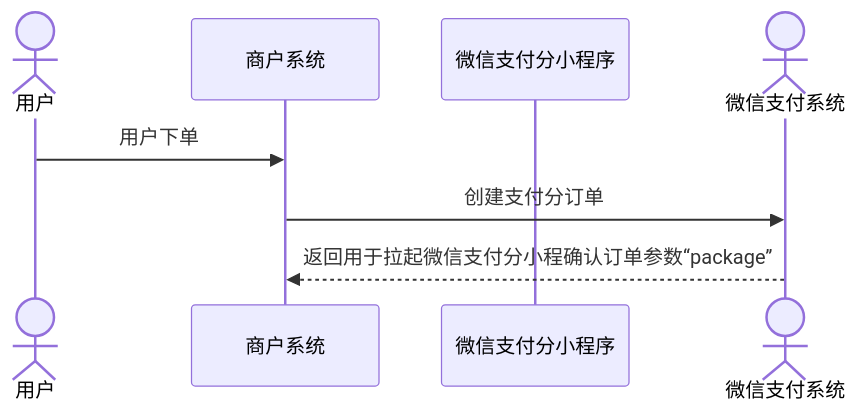
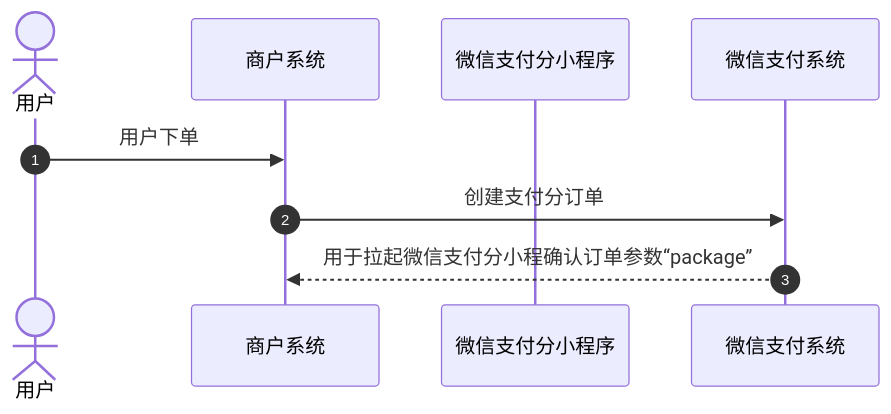
One commit to minibear2021/wechatpay_docs changed the second of 6 diagrams in docs/merchant/pages/4012587166.md. Above: the diagram before and after it, drawn with Mermaid. The commit also changed other lines of this file and 46 other files, not shown here.

````diff
--- a/docs/merchant/pages/4012587166.md
+++ b/docs/merchant/pages/4012587166.md
@@ -67,12 +66,11 @@
 ```mermaid
 sequenceDiagram
-
-        actor User as 用户
-        participant Mch as 商户系统
-        participant WxPay as 微信支付分小程序
-        participant WxPay2@{ type: actor, xwattType: secondaryActor } as 微信支付系统
-
-        User->>Mch: 用户下单
-        Mch->>WxPay2: 创建支付分订单
-        WxPay2-->>Mch: 返回用于拉起微信支付分小程确认订单参数“package”
+  autonumber
+  actor p0 as 用户
+  participant p1 as 商户系统
+  participant p2 as 微信支付分小程序
+  participant p3 as 微信支付系统
+  p0->>p1: 用户下单
+  p1->>p3: 创建支付分订单
+  p3-->>p1: 用于拉起微信支付分小程确认订单参数“package”
 ```
````
